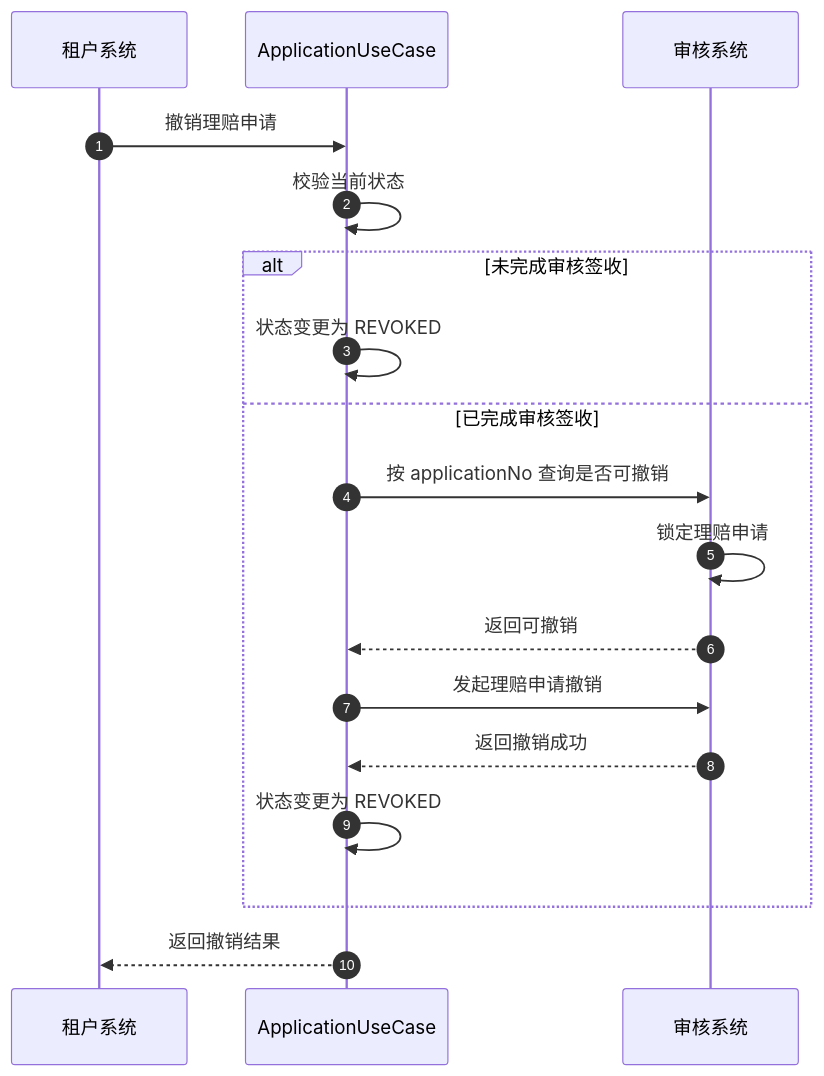
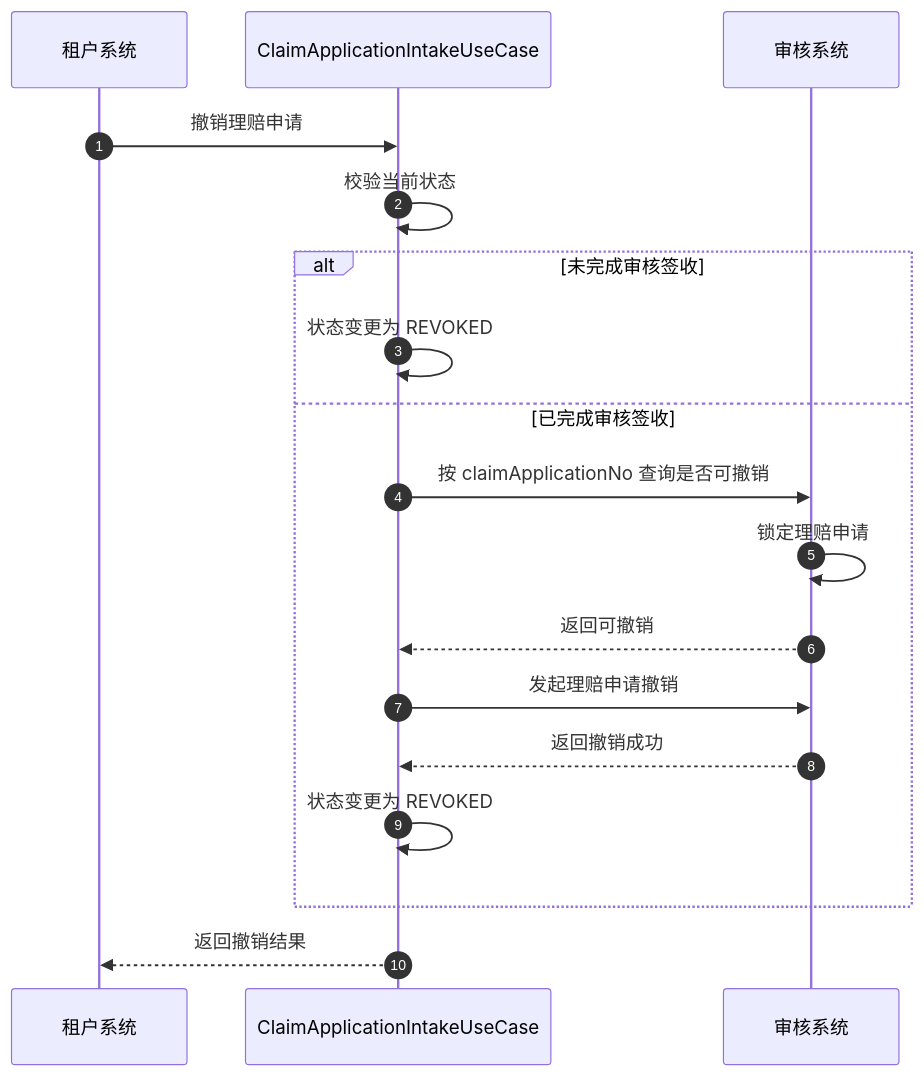
Before and after one commit to wangguangwu/claim-integration-platform: the ninth of 10 diagrams in docs/architecture/claim-application-architecture.md, drawn with Mermaid. The commit also changed other lines of this file and 110 other files, not shown here.

First line of the commit message:
理赔申请命名全链路收敛到 claimApplication，消除与 DDD 应用层词汇的歧义

````diff
--- a/docs/architecture/claim-application-architecture.md
+++ b/docs/architecture/claim-application-architecture.md
@@ -382,23 +382,23 @@
 ```mermaid
 sequenceDiagram
     autonumber
     participant T as 租户系统
-    participant U as ApplicationUseCase
+    participant U as ClaimApplicationIntakeUseCase
     participant A as 审核系统
 
     T->>U: 撤销理赔申请
     U->>U: 校验当前状态
 
     alt 未完成审核签收
         U->>U: 状态变更为 REVOKED
     else 已完成审核签收
-        U->>A: 按 applicationNo 查询是否可撤销
+        U->>A: 按 claimApplicationNo 查询是否可撤销
         A->>A: 锁定理赔申请
         A-->>U: 返回可撤销
         U->>A: 发起理赔申请撤销
         A-->>U: 返回撤销成功
         U->>U: 状态变更为 REVOKED
     end
 
     U-->>T: 返回撤销结果
 ```
````
